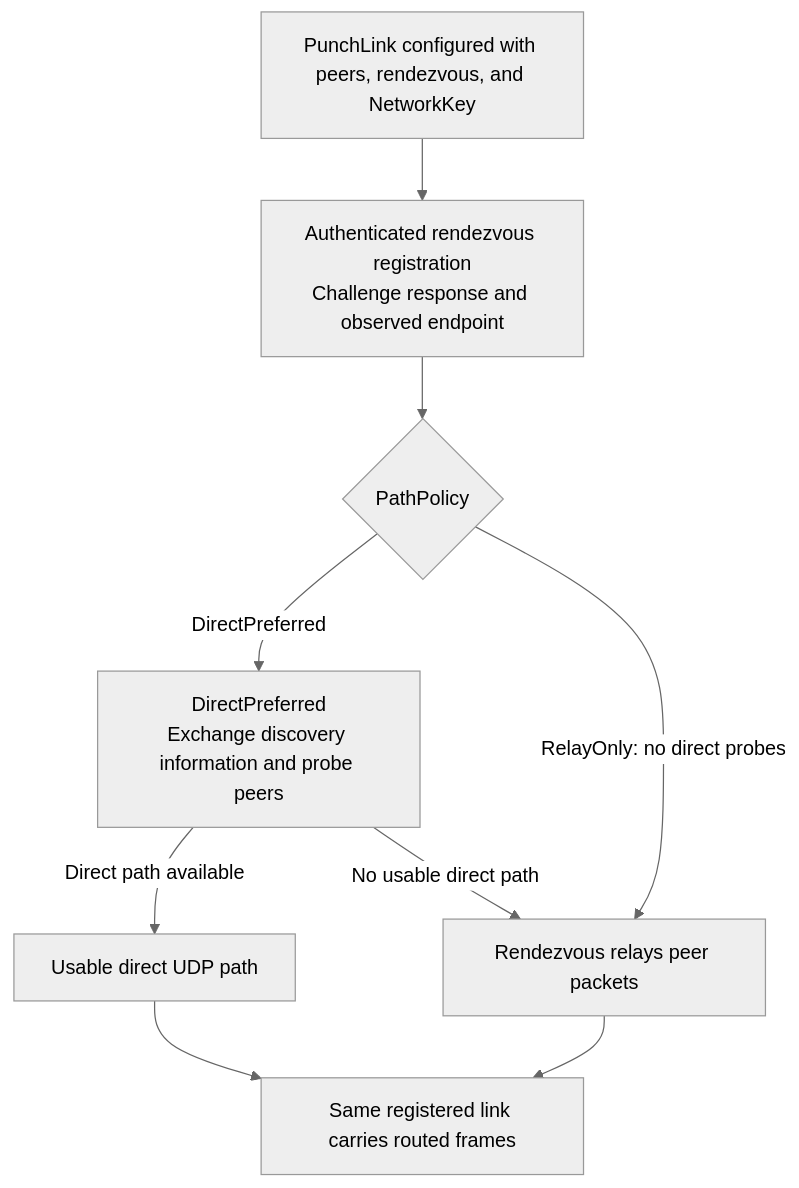
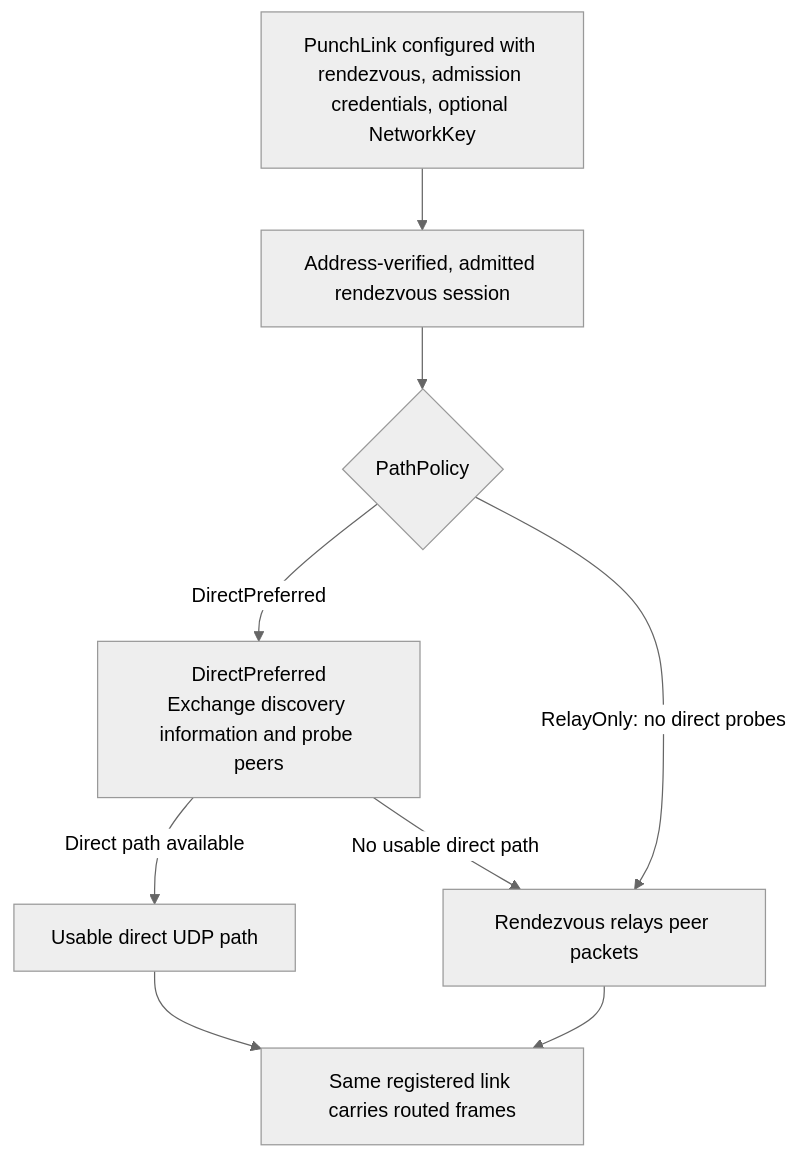
The third of 4 diagrams in docs/tunnels-and-security.md (napbat/groupnet), drawn with Mermaid (neutral theme) before and after one commit. The commit also changed other lines of this file and 14 other files, not shown here.

````diff
--- a/docs/tunnels-and-security.md
+++ b/docs/tunnels-and-security.md
@@ -100,17 +129,17 @@
 ```mermaid
 flowchart TD
-    Start["PunchLink configured with peers, rendezvous, and NetworkKey"]
-    Register["Authenticated rendezvous registration\nChallenge response and observed endpoint"]
+    Start["PunchLink configured with rendezvous, admission credentials, optional NetworkKey"]
+    Register["Address-verified, admitted rendezvous session"]
     Policy{"PathPolicy"}
     Probe["DirectPreferred\nExchange discovery information and probe peers"]
     Direct["Usable direct UDP path"]
     Relay["Rendezvous relays peer packets"]
     Routed["Same registered link carries routed frames"]
     Start --> Register --> Policy
     Policy -->|"DirectPreferred"| Probe
     Policy -->|"RelayOnly: no direct probes"| Relay
     Probe -->|"Direct path available"| Direct
     Probe -->|"No usable direct path"| Relay
     Direct --> Routed
     Relay --> Routed
 ```
````
